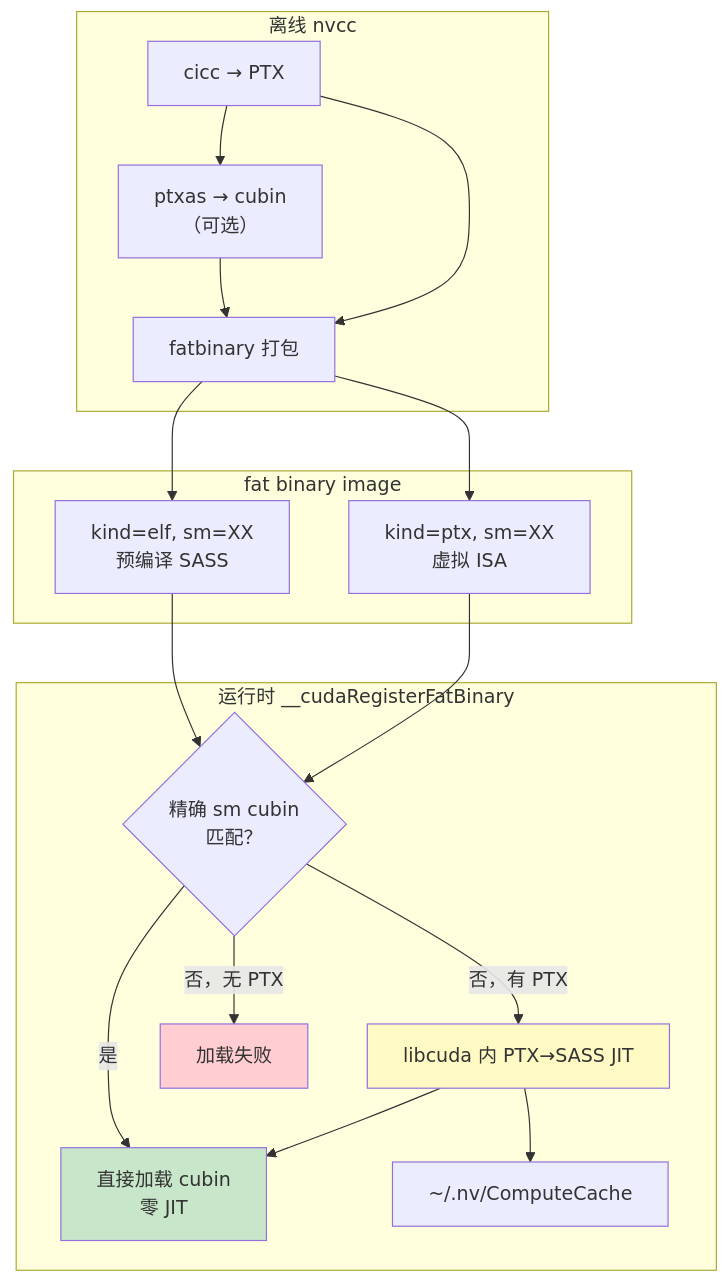
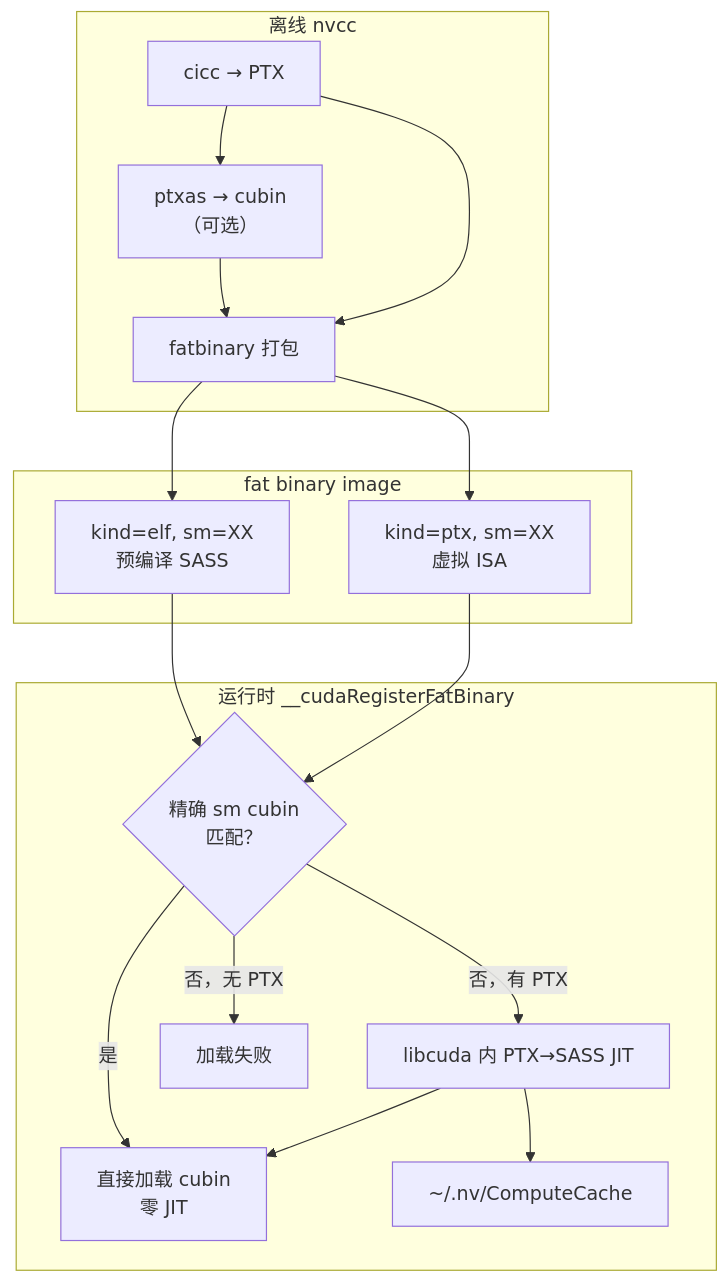
The diagram in source/_static/ptx_jit_flow.mmd (noisystreet/deep_dive_into_cuda), drawn with Mermaid before and after one commit. The commit also changed 26 other files, not shown here.

First line of the commit message:
Mermaid 图统一黑白样式：去除节点彩色色块

```diff
--- a/source/_static/ptx_jit_flow.mmd
+++ b/source/_static/ptx_jit_flow.mmd
@@ -1,37 +1,33 @@
 flowchart TB
     subgraph Offline["离线 nvcc"]
         CICC["cicc → PTX"]
         PTXAS["ptxas → cubin<br/>（可选）"]
         FAT["fatbinary 打包"]
     end
 
     subgraph Fatbin["fat binary image"]
         ELF["kind=elf, sm=XX<br/>预编译 SASS"]
         PTX["kind=ptx, sm=XX<br/>虚拟 ISA"]
     end
 
     subgraph Runtime["运行时 __cudaRegisterFatBinary"]
         MATCH{"精确 sm cubin<br/>匹配？"}
         LOAD["直接加载 cubin<br/>零 JIT"]
         JIT["libcuda 内 PTX→SASS JIT"]
         CACHE["~/.nv/ComputeCache"]
         FAIL["加载失败"]
     end
 
     CICC --> PTXAS
     PTXAS --> FAT
     CICC --> FAT
     FAT --> ELF
     FAT --> PTX
 
     ELF --> MATCH
     PTX --> MATCH
     MATCH -->|是| LOAD
     MATCH -->|否，有 PTX| JIT
     MATCH -->|否，无 PTX| FAIL
     JIT --> CACHE
     JIT --> LOAD
-
-    style JIT fill:#fff9c4
-    style LOAD fill:#c8e6c9
-    style FAIL fill:#ffcdd2
```
